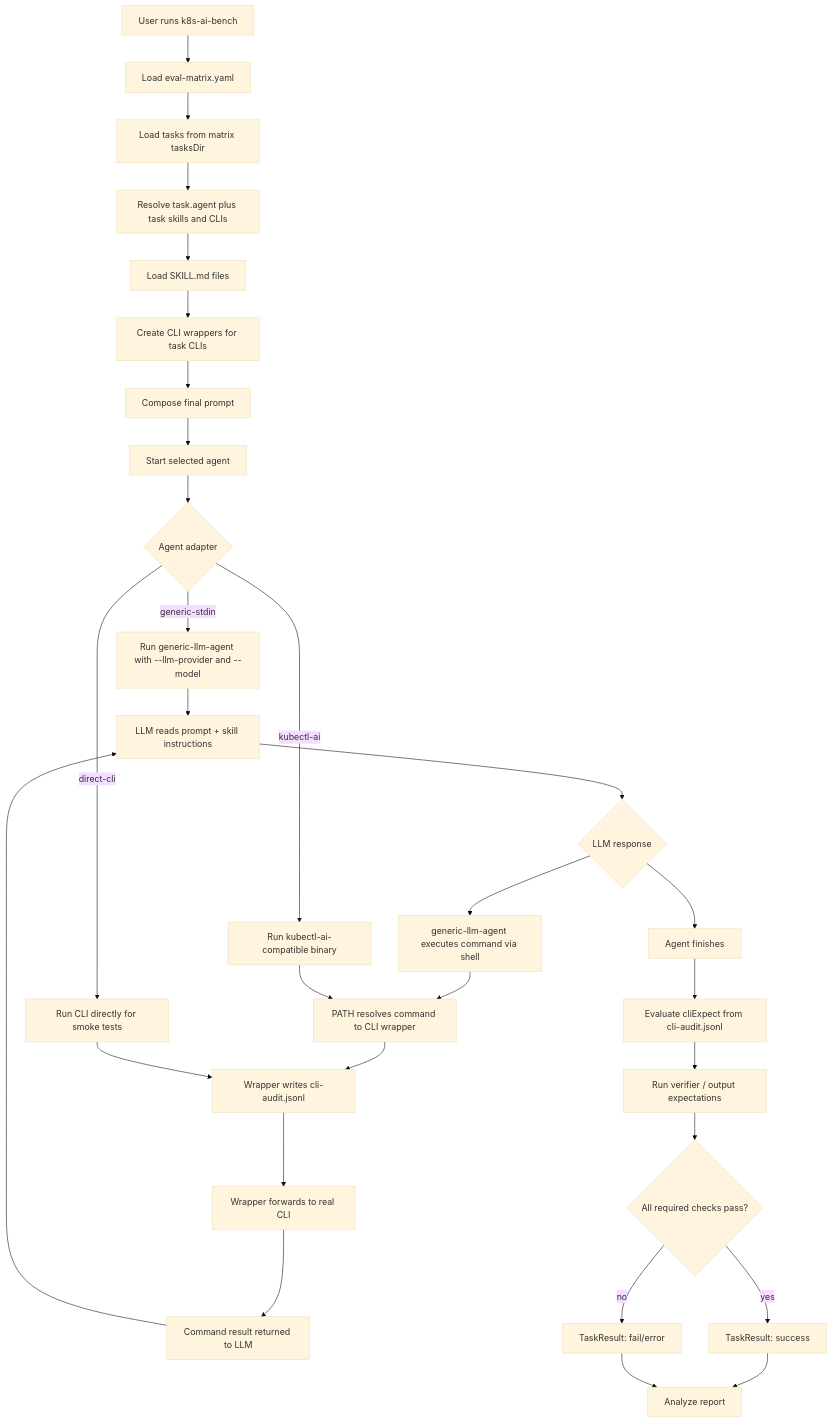
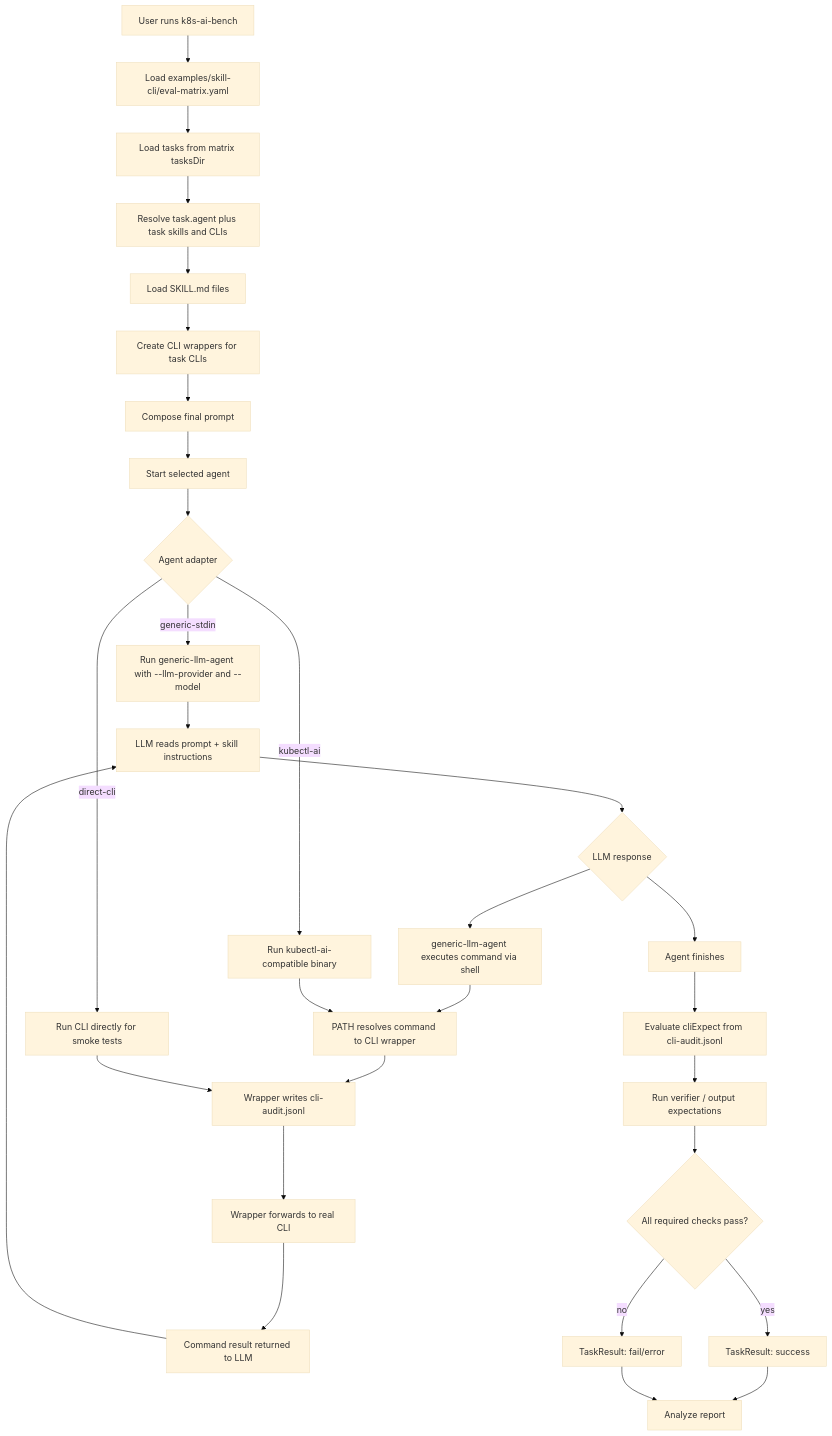
The diagram in docs/agent-skill-cli-matrix.md (DaoCloud/ai-skills-bench), drawn with Mermaid (base theme) before and after one commit. The commit also changed other lines of this file and 21 other files, not shown here.

````diff
--- a/docs/agent-skill-cli-matrix.md
+++ b/docs/agent-skill-cli-matrix.md
@@ -385,36 +385,36 @@
 ```mermaid
 flowchart TD
-    A["User runs k8s-ai-bench"] --> B["Load eval-matrix.yaml"]
+    A["User runs k8s-ai-bench"] --> B["Load examples/skill-cli/eval-matrix.yaml"]
     B --> C["Load tasks from matrix tasksDir"]
     C --> D["Resolve task.agent plus task skills and CLIs"]
     D --> E["Load SKILL.md files"]
     E --> F["Create CLI wrappers for task CLIs"]
     F --> G["Compose final prompt"]
     G --> H["Start selected agent"]
 
     H --> I{"Agent adapter"}
     I -->|"generic-stdin"| J["Run generic-llm-agent with --llm-provider and --model"]
     I -->|"kubectl-ai"| K["Run kubectl-ai-compatible binary"]
     I -->|"direct-cli"| L["Run CLI directly for smoke tests"]
 
     J --> M["LLM reads prompt + skill instructions"]
     M --> N{"LLM response"}
     N -->|"<command>"| O["generic-llm-agent executes command via shell"]
     O --> P["PATH resolves command to CLI wrapper"]
     P --> Q["Wrapper writes cli-audit.jsonl"]
     Q --> R["Wrapper forwards to real CLI"]
     R --> S["Command result returned to LLM"]
     S --> M
     N -->|"<final>"| T["Agent finishes"]
 
     K --> P
     L --> Q
 
     T --> U["Evaluate cliExpect from cli-audit.jsonl"]
     U --> V["Run verifier / output expectations"]
     V --> W{"All required checks pass?"}
     W -->|"yes"| X["TaskResult: success"]
     W -->|"no"| Y["TaskResult: fail/error"]
     X --> Z["Analyze report"]
     Y --> Z
 ```
````
